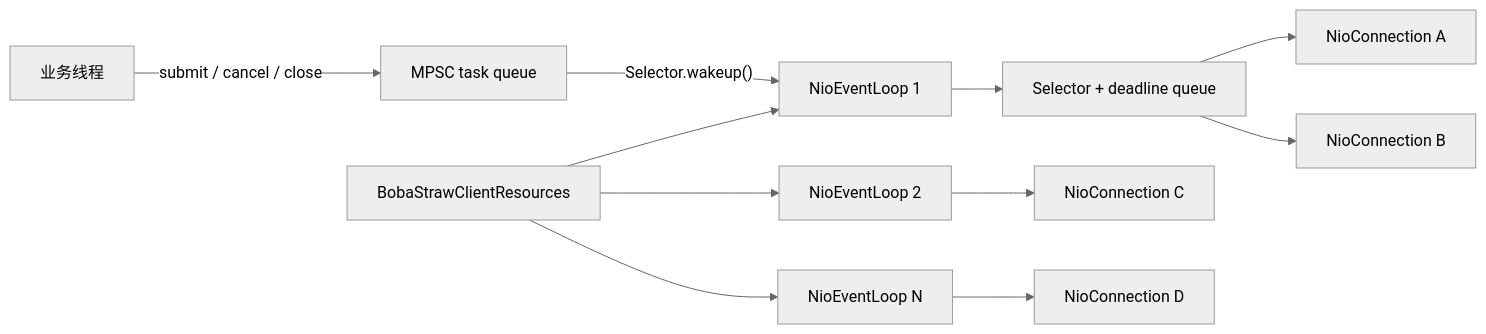
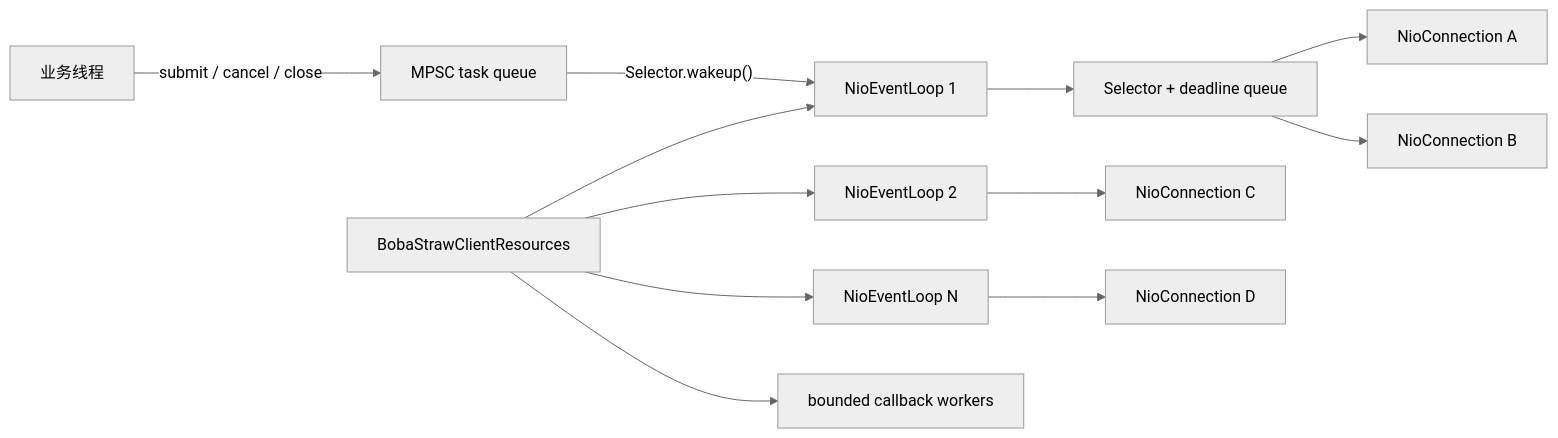
One commit to susongyan/boba-straw changed the first of 5 diagrams in docs/architecture/network-model.md. Above: the diagram before and after it, drawn with Mermaid (neutral theme). The commit also changed other lines of this file and 11 other files, not shown here.

````diff
--- a/docs/architecture/network-model.md
+++ b/docs/architecture/network-model.md
@@ -41,13 +47,14 @@
 ```mermaid
 flowchart LR
     App["业务线程"] -->|"submit / cancel / close"| Tasks["MPSC task queue"]
     Tasks -->|"Selector.wakeup()"| Loop1["NioEventLoop 1"]
     Resources["BobaStrawClientResources"] --> Loop1
     Resources --> Loop2["NioEventLoop 2"]
     Resources --> LoopN["NioEventLoop N"]
+    Resources --> Callbacks["bounded callback workers"]
     Loop1 --> Selector1["Selector + deadline queue"]
     Selector1 --> A["NioConnection A"]
     Selector1 --> B["NioConnection B"]
     Loop2 --> C["NioConnection C"]
     LoopN --> D["NioConnection D"]
 ```
````
